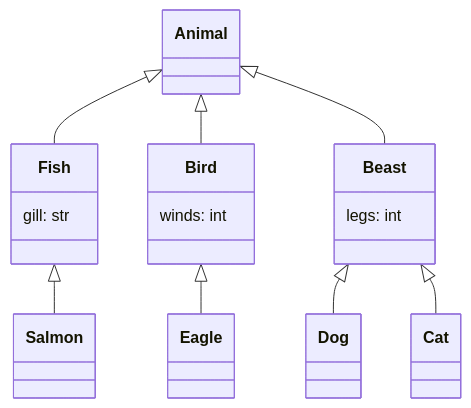
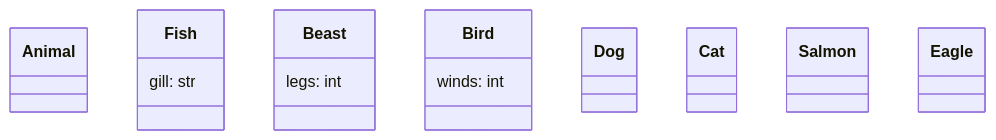
One commit to EricWebsmith/pydantic-2-mermaid changed the diagram in examples/animals.md. Above: the diagram before and after it, drawn with Mermaid. The commit also changed 11 other files, not shown here.

````diff
--- a/examples/animals.md
+++ b/examples/animals.md
@@ -1,38 +1,32 @@
 ```mermaid
 classDiagram
     class Animal {
     }
 
     class Fish {
         gill: str
     }
 
     class Beast {
         legs: int
     }
 
     class Bird {
         winds: int
     }
 
     class Dog {
     }
 
     class Cat {
     }
 
     class Salmon {
     }
 
     class Eagle {
     }
 
 
-    Animal <|-- Fish
-    Animal <|-- Bird
-    Animal <|-- Beast
-    Beast <|-- Dog
-    Beast <|-- Cat
-    Fish <|-- Salmon
-    Bird <|-- Eagle
+
 ```
````
